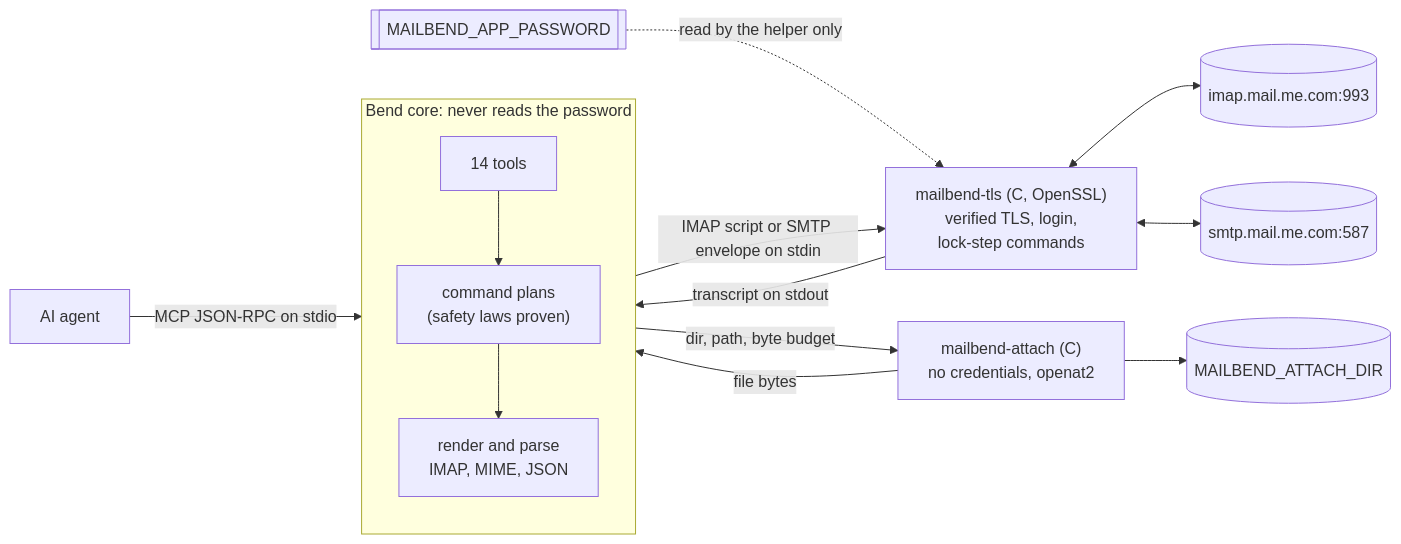
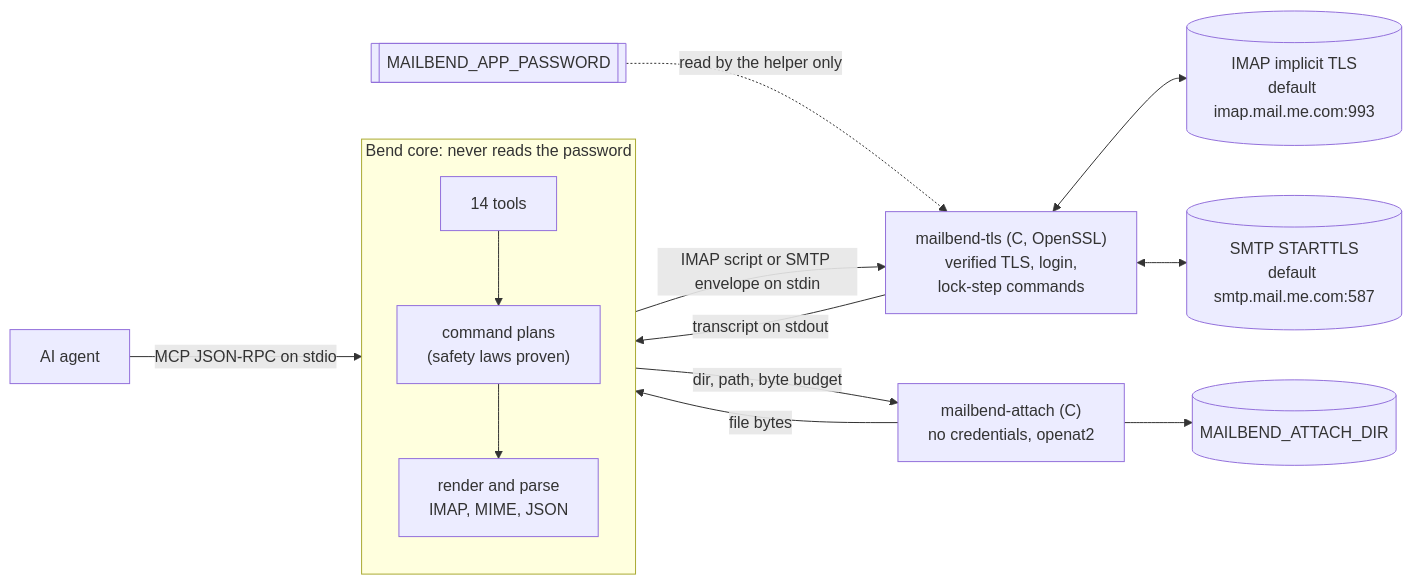
Before and after one commit to albertc71/MailBend: the diagram in README.md, drawn with Mermaid. The commit also changed other lines of this file and 28 other files, not shown here.

````diff
--- a/README.md
+++ b/README.md
@@ -139,17 +180,17 @@
 ```mermaid
 flowchart LR
   agent["AI agent"] -- "MCP JSON-RPC on stdio" --> core
   subgraph core["Bend core: never reads the password"]
     direction TB
     tools["14 tools"] --> plans["command plans<br/>(safety laws proven)"]
     plans --> parse["render and parse<br/>IMAP, MIME, JSON"]
   end
   core -- "IMAP script or SMTP envelope on stdin" --> helper["mailbend-tls (C, OpenSSL)<br/>verified TLS, login,<br/>lock-step commands"]
   helper -- "transcript on stdout" --> core
-  helper <--> imap[("imap.mail.me.com:993")]
-  helper <--> smtp[("smtp.mail.me.com:587")]
+  helper <--> imap[("IMAP implicit TLS<br/>default imap.mail.me.com:993")]
+  helper <--> smtp[("SMTP STARTTLS<br/>default smtp.mail.me.com:587")]
   secrets[["MAILBEND_APP_PASSWORD"]] -. "read by the helper only" .-> helper
   core -- "dir, path, byte budget" --> reader["mailbend-attach (C)<br/>no credentials, openat2"]
   reader -- "file bytes" --> core
   reader --> files[("MAILBEND_ATTACH_DIR")]
 ```
````
